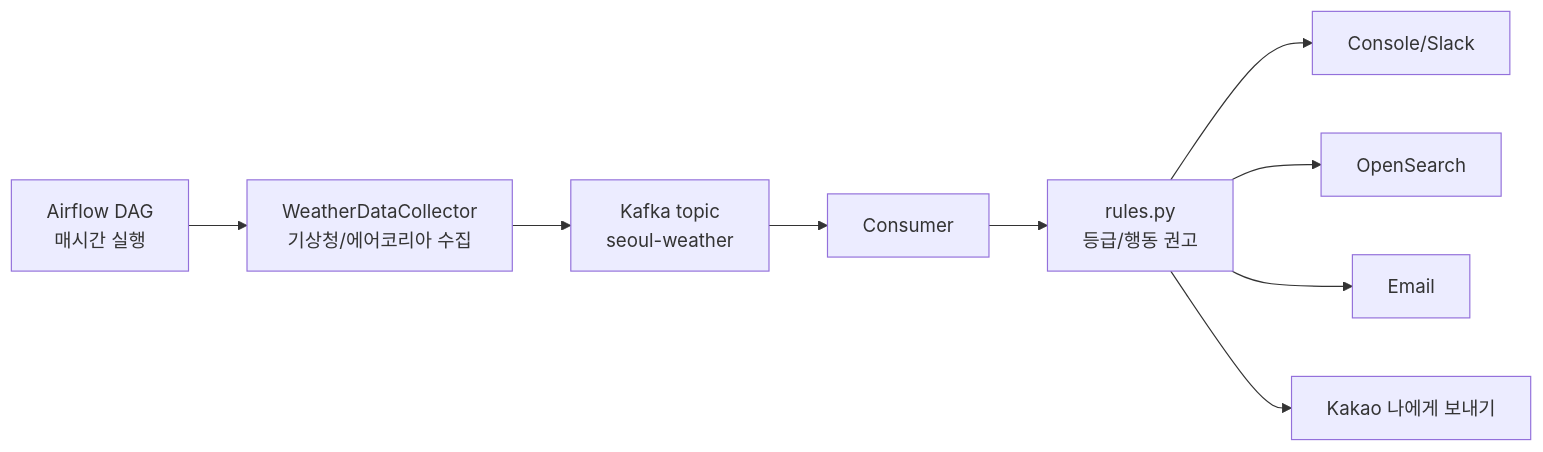
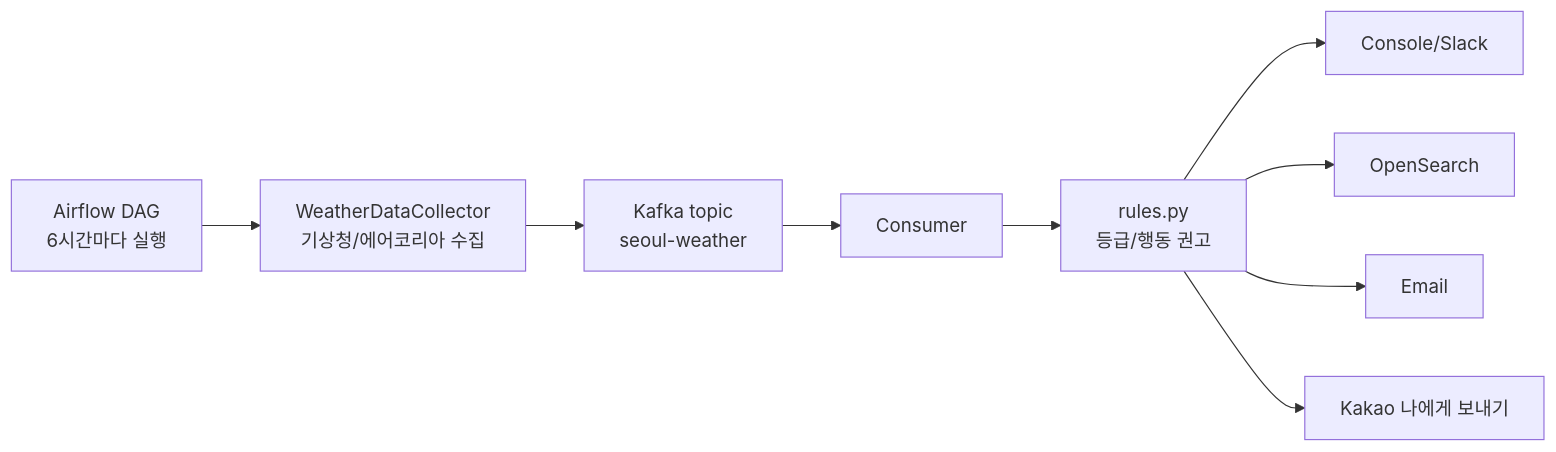
Before and after one commit to hyeongyu-data/air-quality-project: the first of 2 diagrams in README.md, drawn with Mermaid. The commit also changed other lines of this file and 2 other files, not shown here.

First line of the commit message:
fix: DAG 스케줄을 6시간 주기로 (KST 00·06·12·18시) (#74)

````diff
--- a/README.md
+++ b/README.md
@@ -33,11 +33,11 @@
 ```mermaid
 flowchart LR
-    A["Airflow DAG<br/>매시간 실행"] --> B["WeatherDataCollector<br/>기상청/에어코리아 수집"]
+    A["Airflow DAG<br/>6시간마다 실행"] --> B["WeatherDataCollector<br/>기상청/에어코리아 수집"]
     B --> C["Kafka topic<br/>seoul-weather"]
     C --> D["Consumer"]
     D --> E["rules.py<br/>등급/행동 권고"]
     E --> F["Console/Slack"]
     E --> G["OpenSearch"]
     E --> H["Email"]
     E --> I["Kakao 나에게 보내기"]
 ```
````
